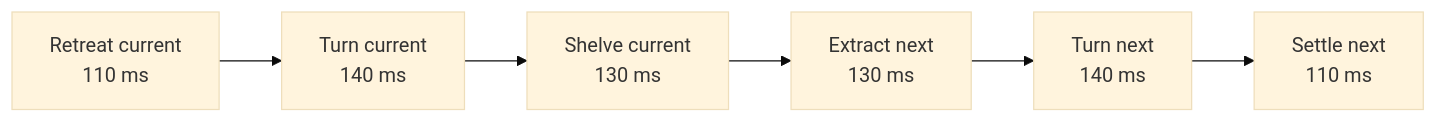
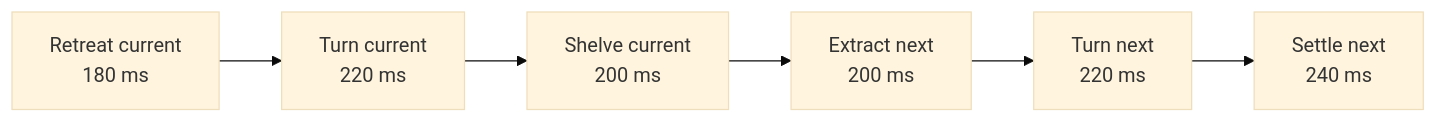
Before and after one commit to mintdotgg/bookshelf: the third of 4 diagrams in docs/animation-system/README.md, drawn with Mermaid (base theme). The commit also changed other lines of this file and 6 other files, not shown here.

````diff
--- a/docs/animation-system/README.md
+++ b/docs/animation-system/README.md
@@ -171,9 +172,9 @@
 ```mermaid
 flowchart LR
-    A["Retreat current<br/>110 ms"] -->
-    B["Turn current<br/>140 ms"] -->
-    C["Shelve current<br/>130 ms"] -->
-    D["Extract next<br/>130 ms"] -->
-    E["Turn next<br/>140 ms"] -->
-    F["Settle next<br/>110 ms"]
+    A["Retreat current<br/>180 ms"] -->
+    B["Turn current<br/>220 ms"] -->
+    C["Shelve current<br/>200 ms"] -->
+    D["Extract next<br/>200 ms"] -->
+    E["Turn next<br/>220 ms"] -->
+    F["Settle next<br/>240 ms"]
 ```
````
